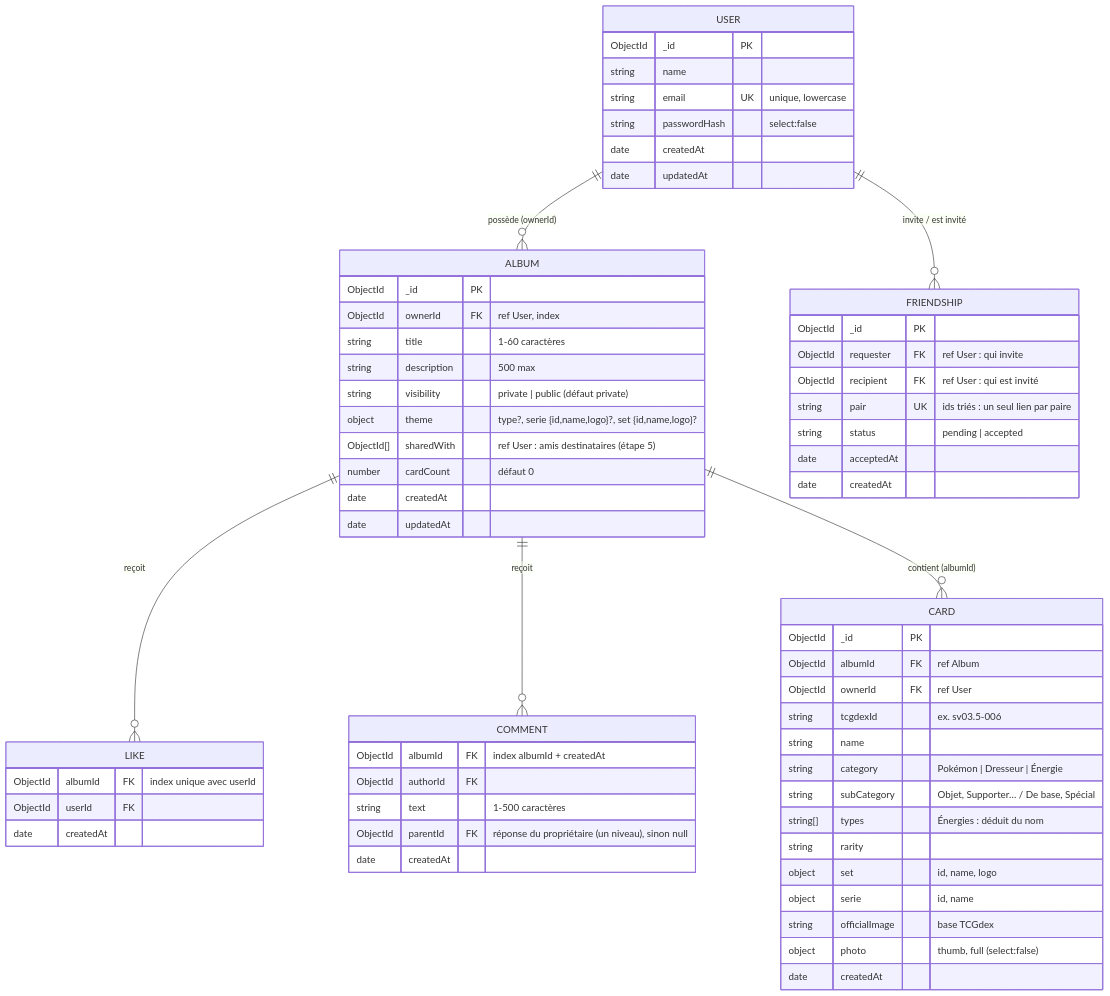
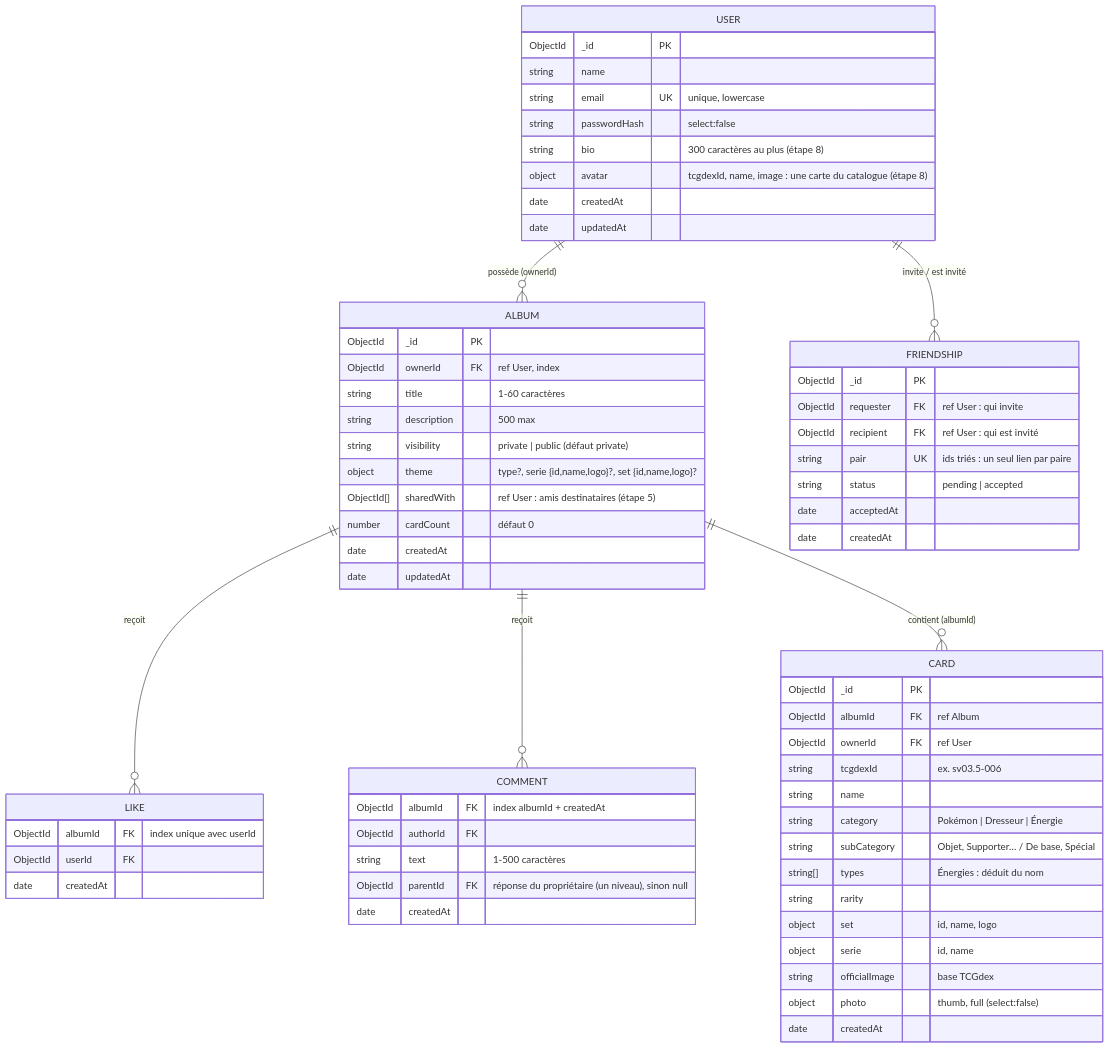
One commit to nini667-E/AngularM1_Miage_2026_2027_TP123 changed the second of 13 diagrams in backend/analyse.md. Above: the diagram before and after it, drawn with Mermaid. The commit also changed other lines of this file and 74 other files, not shown here.

````diff
--- a/backend/analyse.md
+++ b/backend/analyse.md
@@ -147,65 +152,67 @@
 ```mermaid
 erDiagram
     USER {
         ObjectId _id PK
         string name
         string email UK "unique, lowercase"
         string passwordHash "select:false"
+        string bio "300 caractères au plus (étape 8)"
+        object avatar "tcgdexId, name, image : une carte du catalogue (étape 8)"
         date createdAt
         date updatedAt
     }
     ALBUM {
         ObjectId _id PK
         ObjectId ownerId FK "ref User, index"
         string title "1-60 caractères"
         string description "500 max"
         string visibility "private | public (défaut private)"
         object theme "type?, serie {id,name,logo}?, set {id,name,logo}?"
         ObjectId[] sharedWith "ref User : amis destinataires (étape 5)"
         number cardCount "défaut 0"
         date createdAt
         date updatedAt
     }
     CARD {
         ObjectId _id PK
         ObjectId albumId FK "ref Album"
         ObjectId ownerId FK "ref User"
         string tcgdexId "ex. sv03.5-006"
         string name
         string category "Pokémon | Dresseur | Énergie"
         string subCategory "Objet, Supporter… / De base, Spécial"
         string[] types "Énergies : déduit du nom"
         string rarity
         object set "id, name, logo"
         object serie "id, name"
         string officialImage "base TCGdex"
         object photo "thumb, full (select:false)"
         date createdAt
     }
     FRIENDSHIP {
         ObjectId _id PK
         ObjectId requester FK "ref User : qui invite"
         ObjectId recipient FK "ref User : qui est invité"
         string pair UK "ids triés : un seul lien par paire"
         string status "pending | accepted"
         date acceptedAt
         date createdAt
     }
     LIKE {
         ObjectId albumId FK "index unique avec userId"
         ObjectId userId FK
         date createdAt
     }
     COMMENT {
         ObjectId albumId FK "index albumId + createdAt"
         ObjectId authorId FK
         string text "1-500 caractères"
         ObjectId parentId FK "réponse du propriétaire (un niveau), sinon null"
         date createdAt
     }
     USER ||--o{ ALBUM : "possède (ownerId)"
     ALBUM ||--o{ LIKE : "reçoit"
     ALBUM ||--o{ COMMENT : "reçoit"
     USER ||--o{ FRIENDSHIP : "invite / est invité"
     ALBUM ||--o{ CARD : "contient (albumId)"
 ```
````
